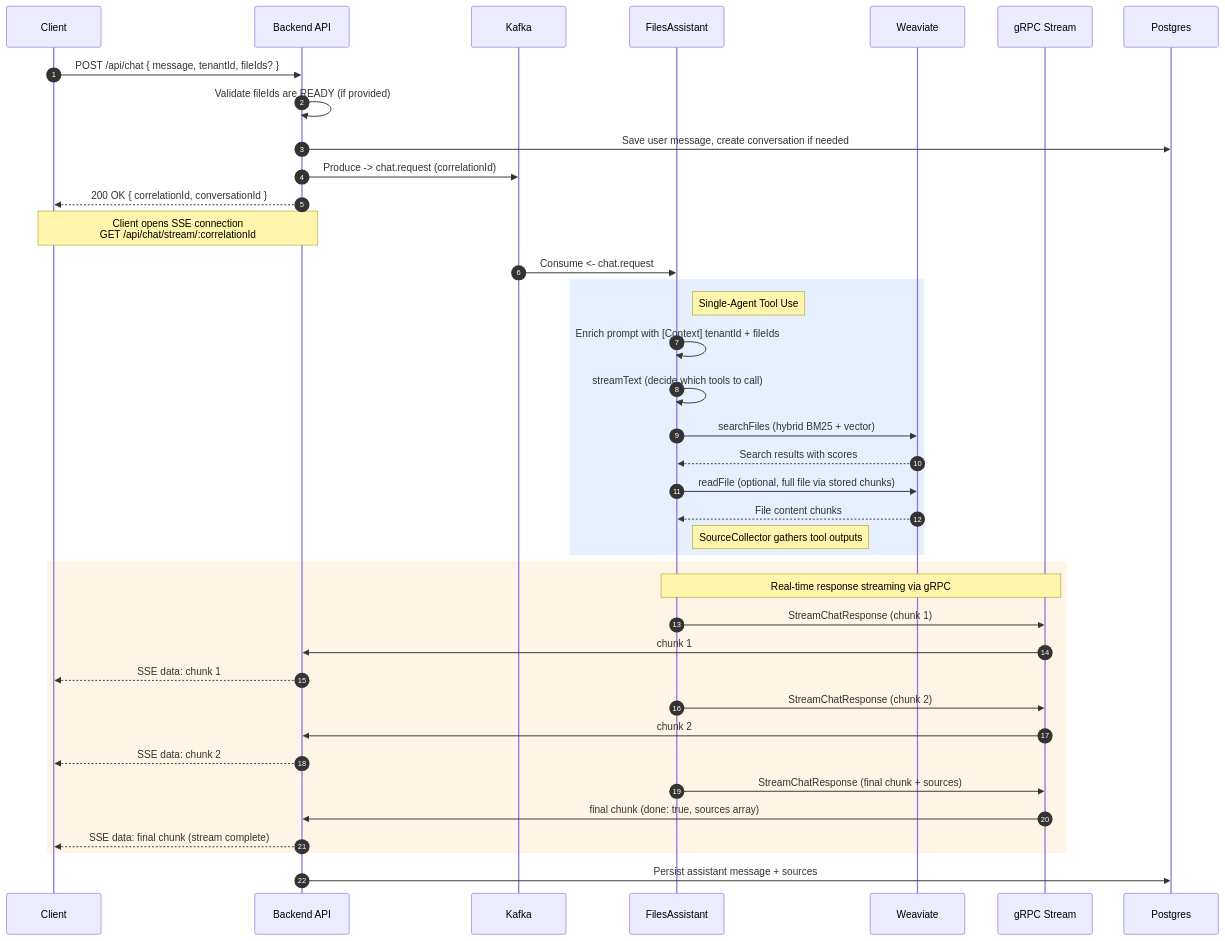
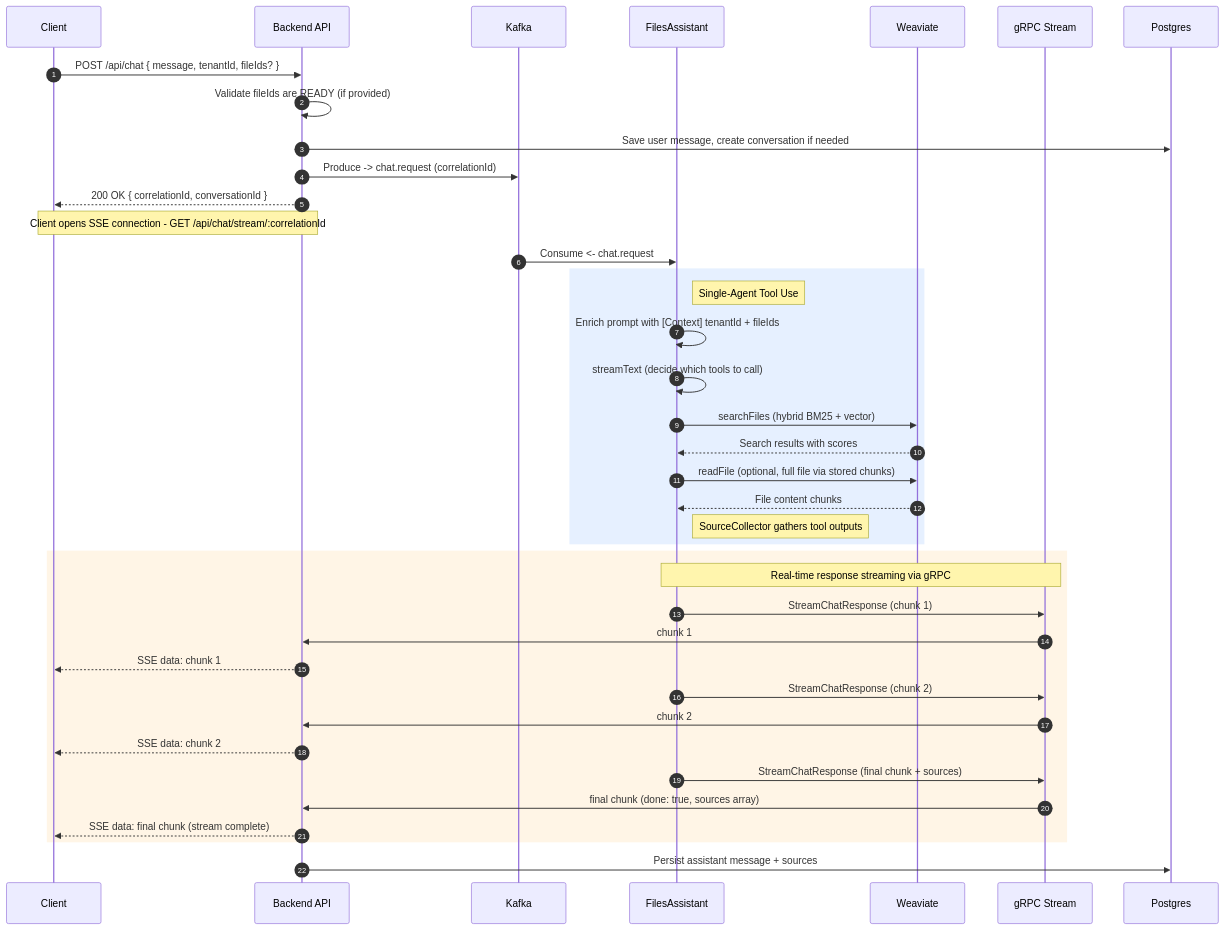
Before and after one commit to JackTran15/files-assistant-system: the third of 6 diagrams in docs/scenarios.md, drawn with Mermaid. The commit also changed other lines of this file and 8 other files, not shown here.

````diff
--- a/docs/scenarios.md
+++ b/docs/scenarios.md
@@ -143,49 +143,49 @@
 ```mermaid
 sequenceDiagram
     autonumber
     participant Client
     participant Backend as Backend API
     participant Kafka
     participant Agent as FilesAssistant
     participant Weaviate
     participant gRPC as gRPC Stream
     participant Postgres
 
     Client->>Backend: POST /api/chat { message, tenantId, fileIds? }
     Backend->>Backend: Validate fileIds are READY (if provided)
     Backend->>Postgres: Save user message, create conversation if needed
     Backend->>Kafka: Produce -> chat.request (correlationId)
     Backend-->>Client: 200 OK { correlationId, conversationId }
 
-    Note over Client,Backend: Client opens SSE connection<br/>GET /api/chat/stream/:correlationId
+    Note over Client,Backend: Client opens SSE connection - GET /api/chat/stream/:correlationId
 
     Kafka->>Agent: Consume <- chat.request
 
     rect rgb(230, 240, 255)
         Note right of Agent: Single-Agent Tool Use
         Agent->>Agent: Enrich prompt with [Context] tenantId + fileIds
         Agent->>Agent: streamText (decide which tools to call)
         Agent->>Weaviate: searchFiles (hybrid BM25 + vector)
         Weaviate-->>Agent: Search results with scores
         Agent->>Weaviate: readFile (optional, full file via stored chunks)
         Weaviate-->>Agent: File content chunks
         Note right of Agent: SourceCollector gathers tool outputs
     end
 
     rect rgb(255, 245, 230)
         Note over Agent,gRPC: Real-time response streaming via gRPC
         Agent->>gRPC: StreamChatResponse (chunk 1)
         gRPC->>Backend: chunk 1
         Backend-->>Client: SSE data: chunk 1
 
         Agent->>gRPC: StreamChatResponse (chunk 2)
         gRPC->>Backend: chunk 2
         Backend-->>Client: SSE data: chunk 2
 
         Agent->>gRPC: StreamChatResponse (final chunk + sources)
         gRPC->>Backend: final chunk (done: true, sources array)
         Backend-->>Client: SSE data: final chunk (stream complete)
     end
 
     Backend->>Postgres: Persist assistant message + sources
 ```
````
